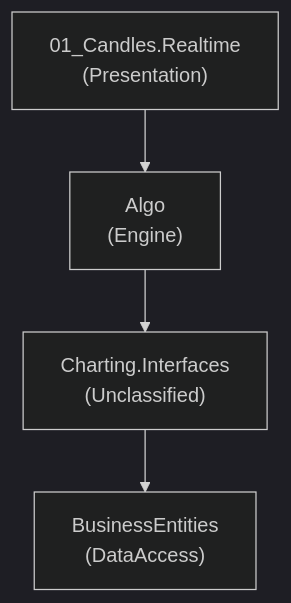
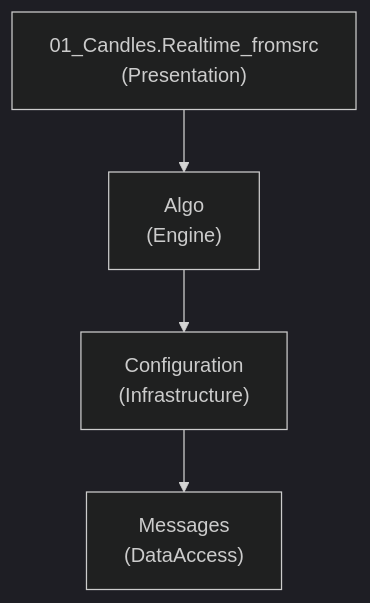
One commit to GanizaniSitara/tools-static-analysis changed the diagram in output-stocksharp/diagrams/flow-path-1.mmd. Above: the diagram before and after it, drawn with Mermaid (dark theme). The commit also changed 27 other files, not shown here.

```diff
--- a/output-stocksharp/diagrams/flow-path-1.mmd
+++ b/output-stocksharp/diagrams/flow-path-1.mmd
@@ -1,8 +1,8 @@
 graph TD
-    01_Candles_Realtime["01_Candles.Realtime\n(Presentation)"]
+    01_Candles_Realtime_fromsrc["01_Candles.Realtime_fromsrc\n(Presentation)"]
     Algo["Algo\n(Engine)"]
-    01_Candles_Realtime --> Algo
-    Charting_Interfaces["Charting.Interfaces\n(Unclassified)"]
-    Algo --> Charting_Interfaces
-    BusinessEntities["BusinessEntities\n(DataAccess)"]
-    Charting_Interfaces --> BusinessEntities
+    01_Candles_Realtime_fromsrc --> Algo
+    Configuration["Configuration\n(Infrastructure)"]
+    Algo --> Configuration
+    Messages["Messages\n(DataAccess)"]
+    Configuration --> Messages
```
